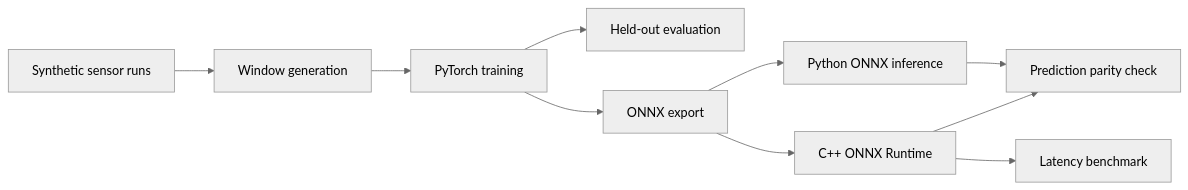
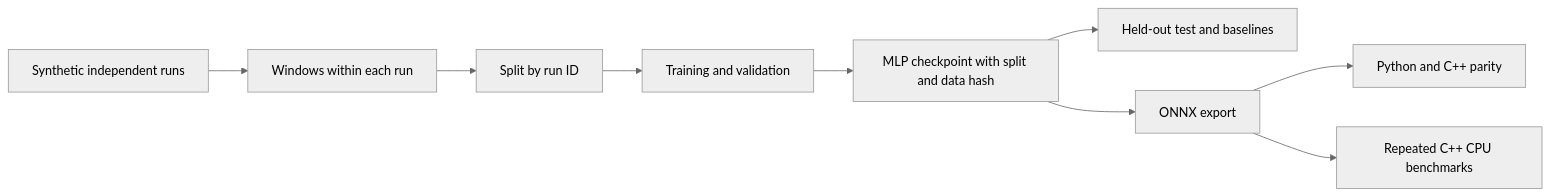
Before and after one commit to canrefih/physics-informed-edge-ai: the diagram in README.md, drawn with Mermaid (neutral theme). The commit also changed other lines of this file and 26 other files, not shown here.

Commit message:
Make synthetic evaluation reproducible and align README with measured results

````diff
--- a/README.md
+++ b/README.md
@@ -18,12 +15,11 @@
 ```mermaid
 flowchart LR
-    A[Synthetic sensor runs] --> B[Window generation]
-    B --> C[PyTorch training]
-    C --> D[Held-out evaluation]
-    C --> E[ONNX export]
-    E --> F[Python ONNX inference]
-    E --> G[C++ ONNX Runtime]
-    F --> H[Prediction parity check]
-    G --> H
-    G --> I[Latency benchmark]
+    A[Synthetic independent runs] --> B[Windows within each run]
+    B --> C[Split by run ID]
+    C --> D[Training and validation]
+    D --> E[MLP checkpoint with split and data hash]
+    E --> F[Held-out test and baselines]
+    E --> G[ONNX export]
+    G --> H[Python and C++ parity]
+    G --> I[Repeated C++ CPU benchmarks]
 ```
````
